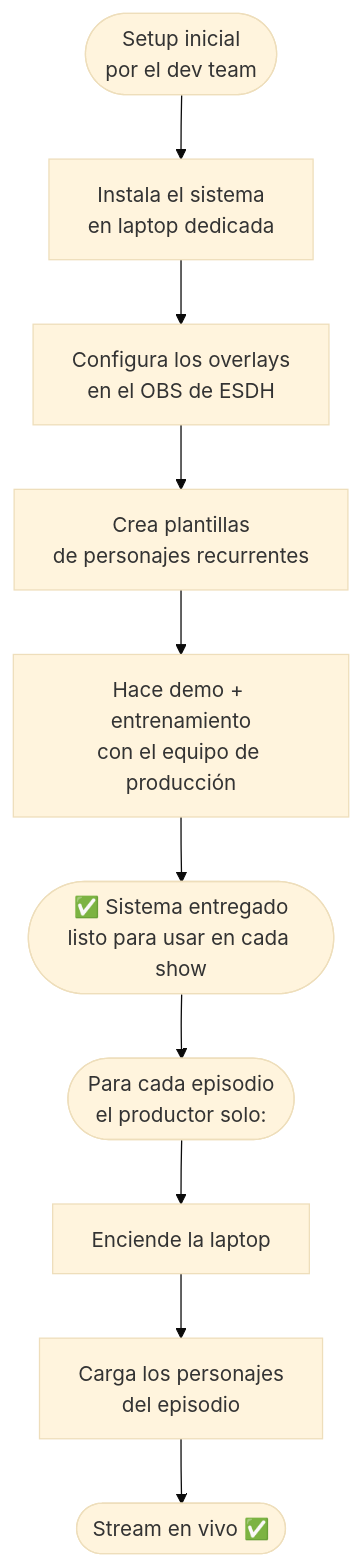
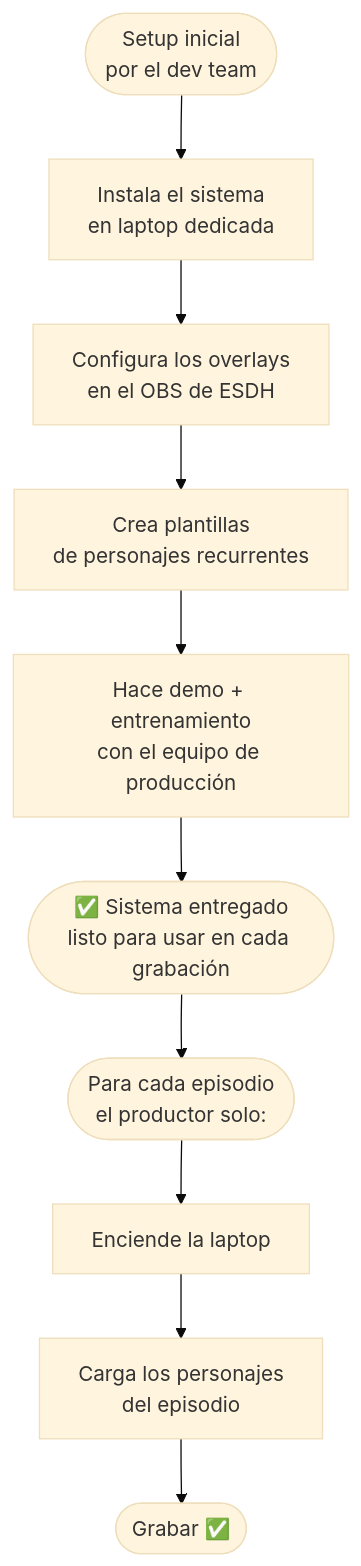
The tenth of 12 diagrams in demo-pitch-docs/workflow-stakeholders.md (s0lci700/OVERLAYS), drawn with Mermaid (base theme) before and after one commit. The commit also changed other lines of this file and 2 other files, not shown here.

Commit message:
Reframe docs: recorded show primary use case, timestamp post-production benefit, demo data caveat

````diff
--- a/demo-pitch-docs/workflow-stakeholders.md
+++ b/demo-pitch-docs/workflow-stakeholders.md
@@ -232,13 +270,13 @@
 ```mermaid
 flowchart TD
     A([Setup inicial\npor el dev team]) --> B[Instala el sistema\nen laptop dedicada]
     B --> C[Configura los overlays\nen el OBS de ESDH]
     C --> D[Crea plantillas\nde personajes recurrentes]
     D --> E[Hace demo + entrenamiento\ncon el equipo de producción]
-    E --> F([✅ Sistema entregado\nlisto para usar en cada show])
+    E --> F([✅ Sistema entregado\nlisto para usar en cada grabación])
 
     F --> G([Para cada episodio\nel productor solo:])
     G --> H[Enciende la laptop]
     H --> I[Carga los personajes\ndel episodio]
-    I --> J([Stream en vivo ✅])
+    I --> J([Grabar ✅])
 ```
````
